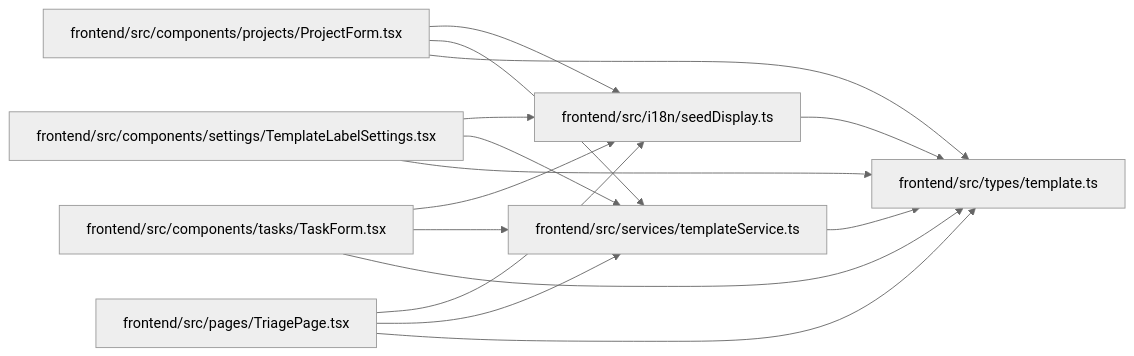
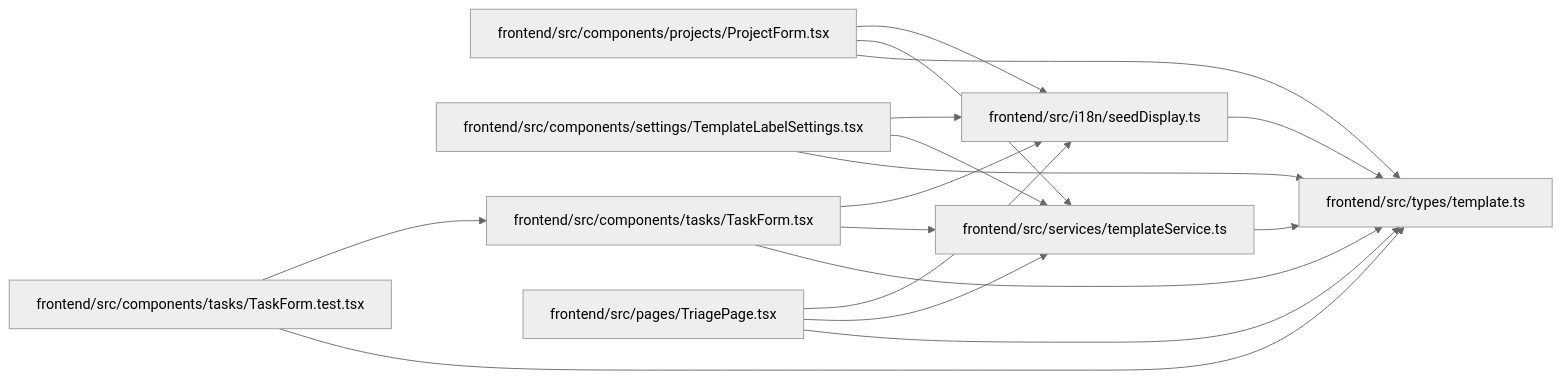
The diagram in docs/llm_wiki/modules/types_template.md (Denissvgn/WorkChord), drawn with Mermaid (neutral theme) before and after one commit. The commit also changed other lines of this file and 1238 other files, not shown here.

First line of the commit message:
docs(wiki): publish compact canonical domain architecture

````diff
--- a/docs/llm_wiki/modules/types_template.md
+++ b/docs/llm_wiki/modules/types_template.md
@@ -18,31 +18,35 @@
 ```mermaid
 flowchart LR
     n0["frontend/src/components/projects/ProjectForm.tsx"]
     n1["frontend/src/components/settings/TemplateLabelSettings.tsx"]
-    n2["frontend/src/components/tasks/TaskForm.tsx"]
-    n3["frontend/src/i18n/seedDisplay.ts"]
-    n4["frontend/src/pages/TriagePage.tsx"]
-    n5["frontend/src/services/templateService.ts"]
-    n6["frontend/src/types/template.ts"]
-    n0 --> n3
-    n0 --> n5
+    n2["frontend/src/components/tasks/TaskForm.test.tsx"]
+    n3["frontend/src/components/tasks/TaskForm.tsx"]
+    n4["frontend/src/i18n/seedDisplay.ts"]
+    n5["frontend/src/pages/TriagePage.tsx"]
+    n6["frontend/src/services/templateService.ts"]
+    n7["frontend/src/types/template.ts"]
+    n0 --> n4
     n0 --> n6
-    n1 --> n3
-    n1 --> n5
+    n0 --> n7
+    n1 --> n4
     n1 --> n6
+    n1 --> n7
     n2 --> n3
-    n2 --> n5
-    n2 --> n6
+    n2 --> n7
+    n3 --> n4
     n3 --> n6
-    n4 --> n3
-    n4 --> n5
-    n4 --> n6
+    n3 --> n7
+    n4 --> n7
+    n5 --> n4
     n5 --> n6
+    n5 --> n7
+    n6 --> n7
     click n0 "../modules/ProjectForm.md"
     click n1 "../modules/TemplateLabelSettings.md"
-    click n2 "../modules/TaskForm.md"
-    click n3 "../modules/seedDisplay.md"
-    click n4 "../modules/TriagePage.md"
-    click n5 "../modules/templateService.md"
-    click n6 "../modules/types_template.md"
+    click n2 "../modules/TaskForm.test.md"
+    click n3 "../modules/TaskForm.md"
+    click n4 "../modules/seedDisplay.md"
+    click n5 "../modules/TriagePage.md"
+    click n6 "../modules/templateService.md"
+    click n7 "../modules/types_template.md"
 ```
````
